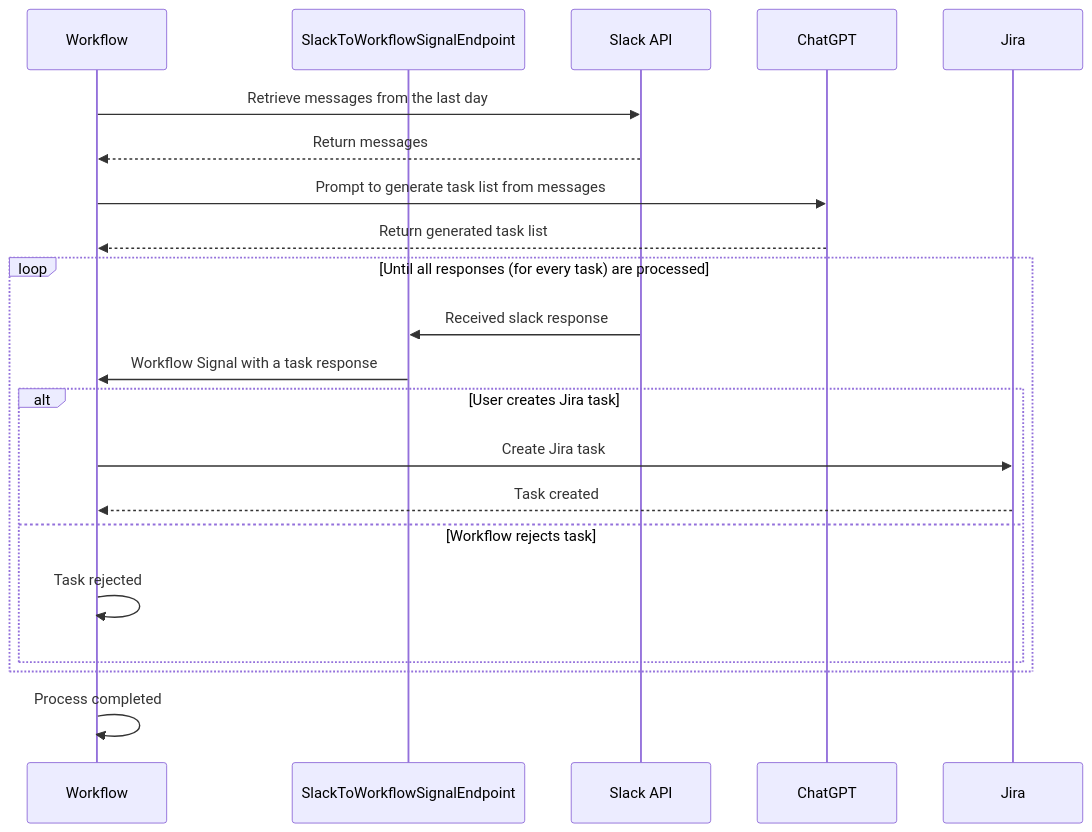
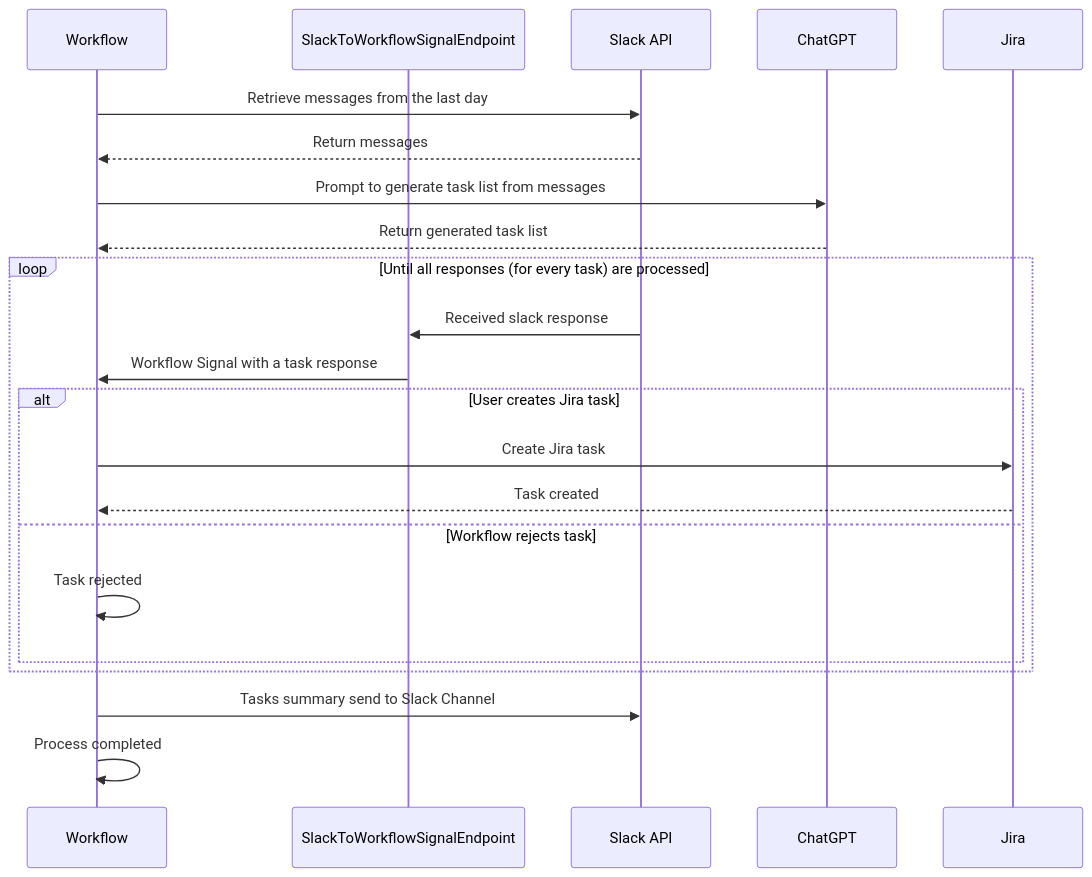
Before and after one commit to jatarifa-masmovil/intelligent-slack-agenda: the diagram in README.md, drawn with Mermaid. The commit also changed other lines of this file, not shown here.

Commit message:
hackathon code

````diff
--- a/README.md
+++ b/README.md
@@ -25,24 +31,24 @@
 ```mermaid 
 sequenceDiagram
     participant Workflow
     participant SlackToWorkflowSignalEndpoint
     participant Slack API
     participant ChatGPT
     participant Jira
-
-    Workflow->>Slack API: Retrieve messages from the last day
-    Slack API-->>Workflow: Return messages
-    Workflow->>ChatGPT: Prompt to generate task list from messages
-    ChatGPT-->>Workflow: Return generated task list
+    Workflow ->> Slack API: Retrieve messages from the last day
+    Slack API -->> Workflow: Return messages
+    Workflow ->> ChatGPT: Prompt to generate task list from messages
+    ChatGPT -->> Workflow: Return generated task list
     loop Until all responses (for every task) are processed
-        Slack API->>SlackToWorkflowSignalEndpoint: Received slack response
-        SlackToWorkflowSignalEndpoint->>Workflow: Workflow Signal with a task response
+        Slack API ->> SlackToWorkflowSignalEndpoint: Received slack response
+        SlackToWorkflowSignalEndpoint ->> Workflow: Workflow Signal with a task response
         alt User creates Jira task
-            Workflow->>Jira: Create Jira task
-            Jira-->>Workflow: Task created
+            Workflow ->> Jira: Create Jira task
+            Jira -->> Workflow: Task created
         else Workflow rejects task
-            Workflow->>Workflow: Task rejected
+            Workflow ->> Workflow: Task rejected
         end
     end
-    Workflow->>Workflow: Process completed
+    Workflow ->> Slack API: Tasks summary send to Slack Channel
+    Workflow ->> Workflow: Process completed
 ```
````
